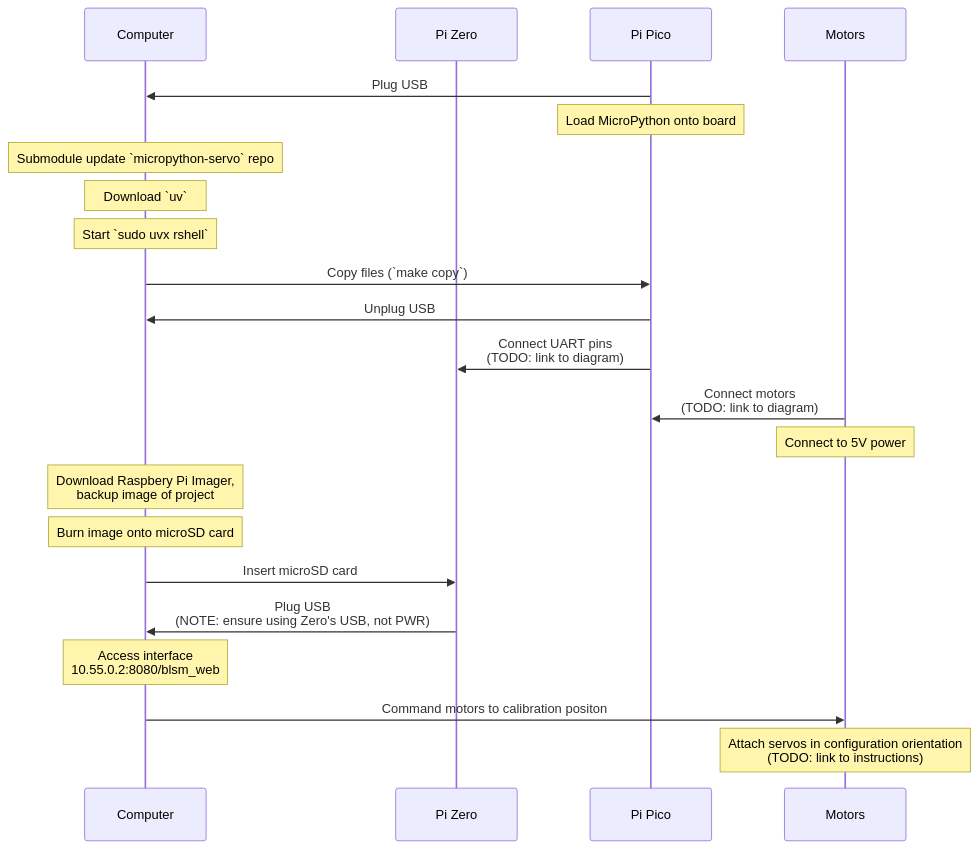
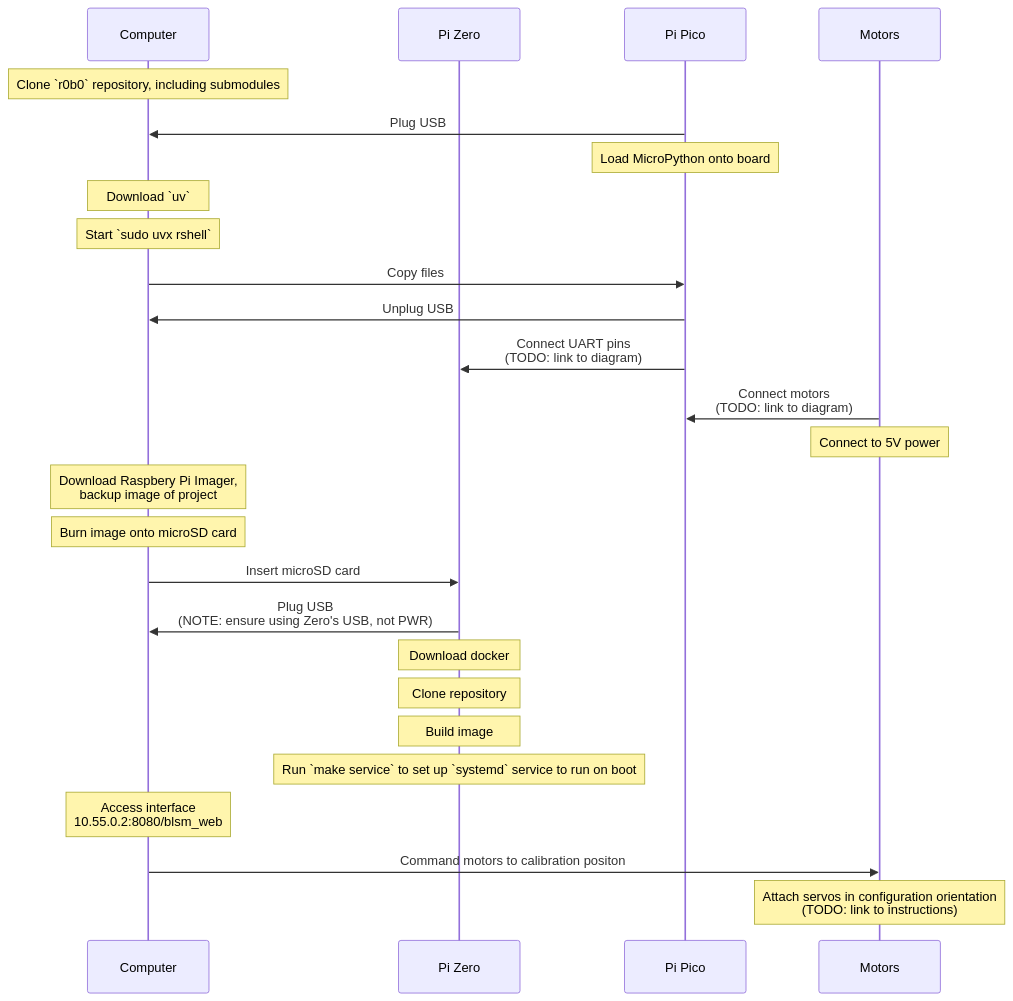
The diagram in docs/blsm.md (msgtn/r0b0), drawn with Mermaid before and after one commit. The commit also changed other lines of this file, not shown here.

````diff
--- a/docs/blsm.md
+++ b/docs/blsm.md
@@ -98,28 +97,33 @@
 ```mermaid
 sequenceDiagram
 	participant comp as Computer
 	participant zero as Pi Zero
 	participant pico as Pi Pico
 	participant motors as Motors
 
-	pico ->> comp: Plug USB
-	note over pico: Load MicroPython onto board
-	note over comp: Submodule update `micropython-servo` repo
+	note over comp: Clone `r0b0` repository, including submodules
+
+	pico ->> comp: Plug USB 
+	note over pico: Load MicroPython onto board 
 	note over comp: Download `uv`
 	note over comp: Start `sudo uvx rshell`
-	comp ->> pico: Copy files (`make copy`)
+	comp ->> pico: Copy files
 	pico ->> comp: Unplug USB
 	pico ->> zero: Connect UART pins<br>(TODO: link to diagram)
 	motors ->> pico: Connect motors<br>(TODO: link to diagram)
 	note over motors: Connect to 5V power
 
 	note over comp: Download Raspbery Pi Imager,<br>backup image of project
 	note over comp: Burn image onto microSD card
 	comp ->> zero: Insert microSD card
 	zero ->> comp: Plug USB<br>(NOTE: ensure using Zero's USB, not PWR)
 
+	note over zero: Download docker
+	note over zero: Clone repository
+	note over zero: Build image
+	note over zero: Run `make service` to set up `systemd` service to run on boot
+
 	note over comp: Access interface<br>10.55.0.2:8080/blsm_web
 	comp ->> motors: Command motors to calibration positon
 	note over motors: Attach servos in configuration orientation<br>(TODO: link to instructions)
-	
 ```
````
